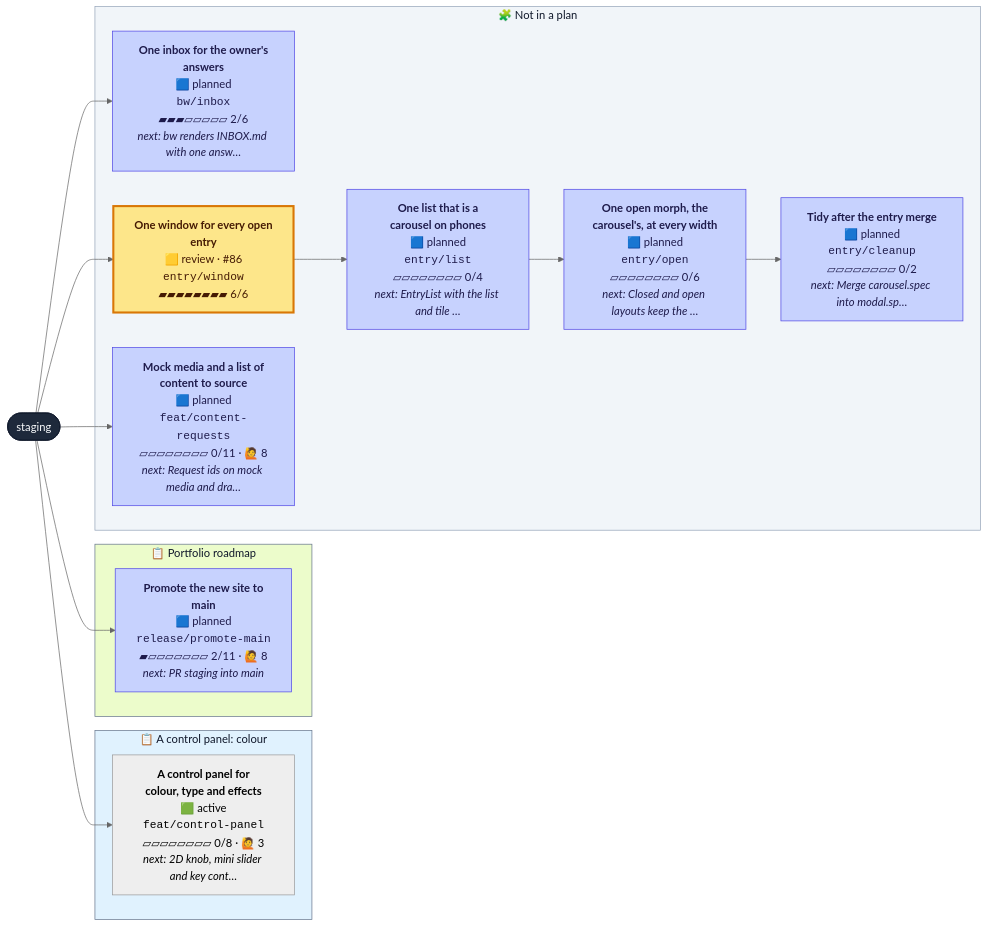
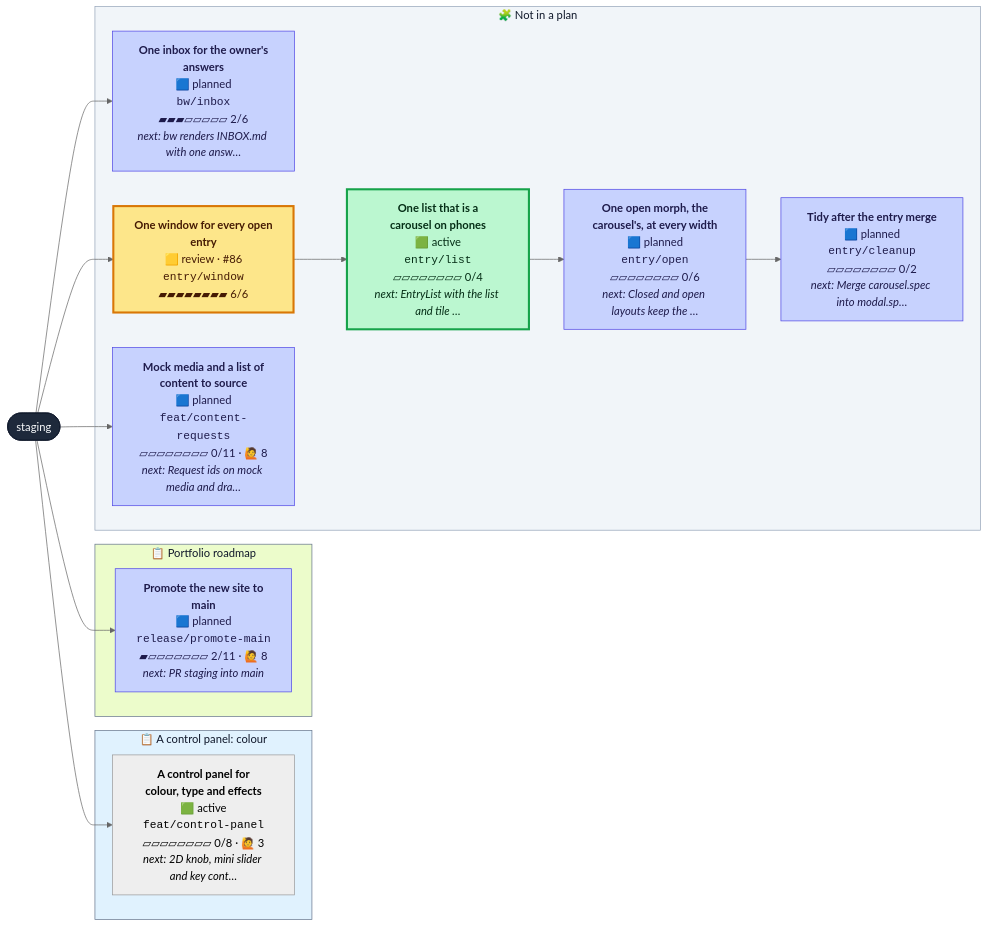
Before and after one commit to henryjonescodes/portfolio: the diagram in CONTRIBUTING.md, drawn with Mermaid (neutral theme). The commit also changed other lines of this file and 1 other file, not shown here.

````diff
--- a/CONTRIBUTING.md
+++ b/CONTRIBUTING.md
@@ -16,44 +16,44 @@
 ```mermaid
 flowchart LR
   n_staging([staging])
   class n_staging trunk
   subgraph plan_0["📋 A control panel: colour"]
     n_feat_control_panel["<b>A control panel for<br/>colour, type and effects</b><br/>🟩 active<br/><code>feat/control-panel</code><br/>▱▱▱▱▱▱▱▱ 0/8 · 🙋 3<br/><i>next: 2D knob, mini slider and key cont…</i>"]
     class n_feat_control_panel active,current
   end
   style plan_0 fill:#e0f2fe,stroke:#64748b,color:#0f172a
   subgraph plan_2["📋 Portfolio roadmap"]
     n_release_promote_main["<b>Promote the new site to<br/>main</b><br/>🟦 planned<br/><code>release/promote-main</code><br/>▰▱▱▱▱▱▱▱ 2/11 · 🙋 8<br/><i>next: PR staging into main</i>"]
     class n_release_promote_main planned
   end
   style plan_2 fill:#ecfccb,stroke:#64748b,color:#0f172a
   subgraph loose["🧩 Not in a plan"]
     n_bw_inbox["<b>One inbox for the owner's<br/>answers</b><br/>🟦 planned<br/><code>bw/inbox</code><br/>▰▰▰▱▱▱▱▱ 2/6<br/><i>next: bw renders INBOX.md with one answ…</i>"]
     class n_bw_inbox planned
     n_entry_cleanup["<b>Tidy after the entry merge</b><br/>🟦 planned<br/><code>entry/cleanup</code><br/>▱▱▱▱▱▱▱▱ 0/2<br/><i>next: Merge carousel.spec into modal.sp…</i>"]
     class n_entry_cleanup planned
-    n_entry_list["<b>One list that is a<br/>carousel on phones</b><br/>🟦 planned<br/><code>entry/list</code><br/>▱▱▱▱▱▱▱▱ 0/4<br/><i>next: EntryList with the list and tile …</i>"]
-    class n_entry_list planned
+    n_entry_list["<b>One list that is a<br/>carousel on phones</b><br/>🟩 active<br/><code>entry/list</code><br/>▱▱▱▱▱▱▱▱ 0/4<br/><i>next: EntryList with the list and tile …</i>"]
+    class n_entry_list active
     n_entry_open["<b>One open morph, the<br/>carousel's, at every width</b><br/>🟦 planned<br/><code>entry/open</code><br/>▱▱▱▱▱▱▱▱ 0/6<br/><i>next: Closed and open layouts keep the …</i>"]
     class n_entry_open planned
     n_entry_window["<b>One window for every open<br/>entry</b><br/>🟨 review · #86<br/><code>entry/window</code><br/>▰▰▰▰▰▰▰▰ 6/6"]
     class n_entry_window review
     n_feat_content_requests["<b>Mock media and a list of<br/>content to source</b><br/>🟦 planned<br/><code>feat/content-requests</code><br/>▱▱▱▱▱▱▱▱ 0/11 · 🙋 8<br/><i>next: Request ids on mock media and dra…</i>"]
     class n_feat_content_requests planned
   end
   style loose fill:#f1f5f9,stroke:#94a3b8,color:#0f172a
   n_staging --> n_bw_inbox
   n_entry_open --> n_entry_cleanup
   n_entry_window --> n_entry_list
   n_entry_list --> n_entry_open
   n_staging --> n_entry_window
   n_staging --> n_feat_content_requests
   n_staging --> n_feat_control_panel
   n_staging --> n_release_promote_main
   classDef planned fill:#c7d2fe,stroke:#4f46e5,color:#1e1b4b
   classDef active fill:#bbf7d0,stroke:#16a34a,stroke-width:3px,color:#052e16
   classDef review fill:#fde68a,stroke:#d97706,stroke-width:3px,color:#451a03
   classDef blocked fill:#fecaca,stroke:#dc2626,stroke-width:3px,color:#450a0a
   classDef trunk fill:#1e293b,stroke:#0f172a,color:#f8fafc
   classDef current stroke:#0ea5e9,stroke-width:5px
 ```
````
